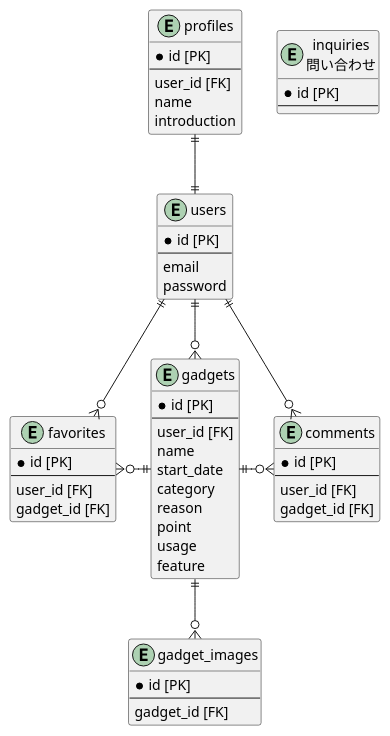
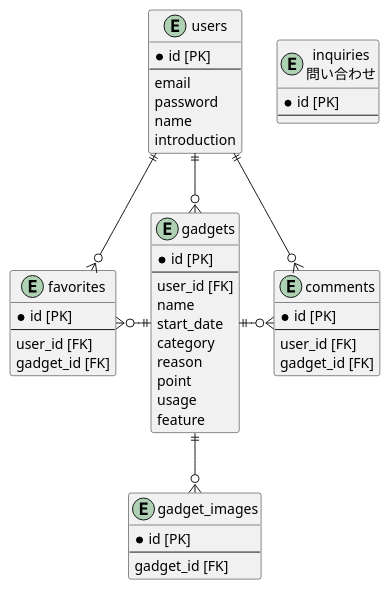
One commit to darutani/Portfolio-OshiGadge changed the diagram in erd.pu. Above: the diagram before and after it, drawn with PlantUML. The commit also changed 7 other files, not shown here.

```diff
--- a/erd.pu
+++ b/erd.pu
@@ -1,64 +1,57 @@
 @startuml OshiGadge
 
 entity users {
   *id [PK]
   --
   email
   password
-}
-
-entity profiles {
-  *id [PK]
-  --
-  user_id [FK]
   name
   introduction
 }
 
 entity gadgets {
   *id [PK]
   --
   user_id [FK]
   name
   start_date
   category
   reason
   point
   usage
   feature
 }
 
 entity favorites {
   *id [PK]
   --
   user_id [FK]
   gadget_id [FK]
 }
 
 entity comments {
   *id [PK]
   --
   user_id [FK]
   gadget_id [FK]
 }
 
 entity inquiries as "inquiries\n問い合わせ" {
   *id [PK]
   --
 }
 
 entity gadget_images {
   *id [PK]
   --
   gadget_id [FK]
 }
 
 users ||--o{ gadgets
-users ||-u-|| profiles
 users ||--o{ comments
 users ||--o{ favorites
 gadgets ||-r-o{ comments
 gadgets ||-d-o{ gadget_images
 gadgets ||-l-o{ favorites
 
 @enduml
```
